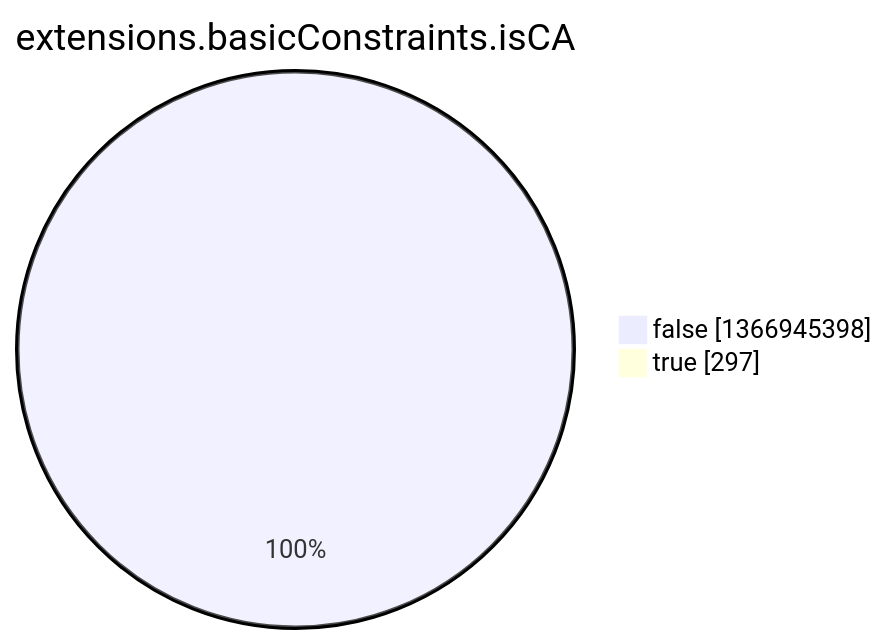
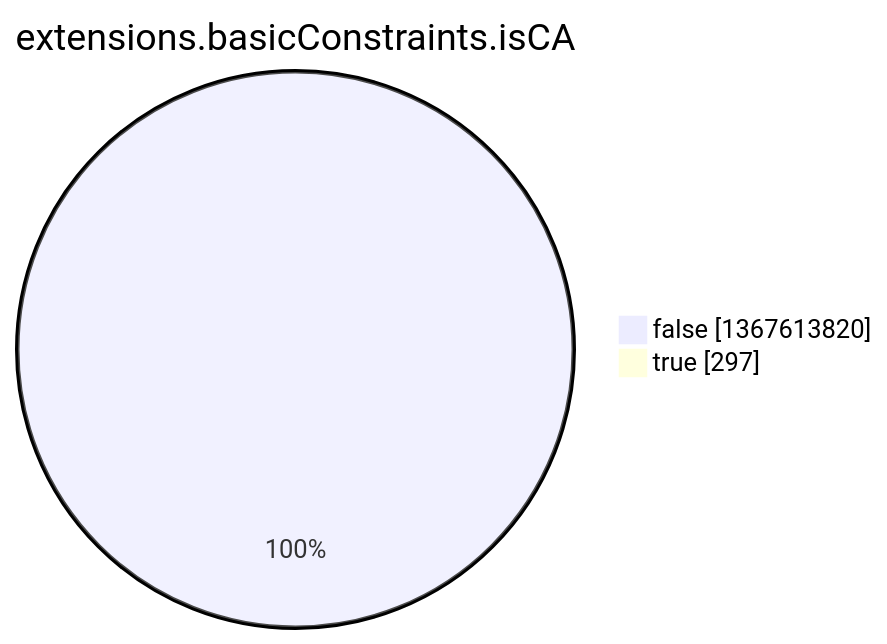
Before and after one commit to christiankrug/ctmonitor_visualization: the eighth of 15 diagrams in argon2022/README.md, drawn with Mermaid. The commit also changed other lines of this file, not shown here.

````diff
--- a/argon2022/README.md
+++ b/argon2022/README.md
@@ -2758,6 +2759,6 @@
 ```mermaid
 pie showData
 title extensions.basicConstraints.isCA
-"false" :1366945398
+"false" :1367613820
 "true" :297
 ```
````
